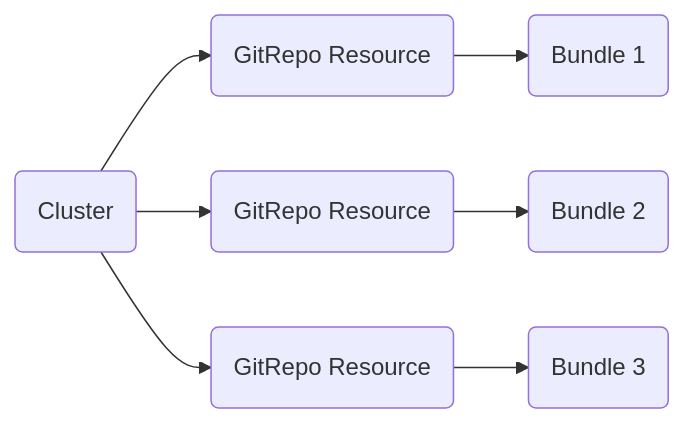
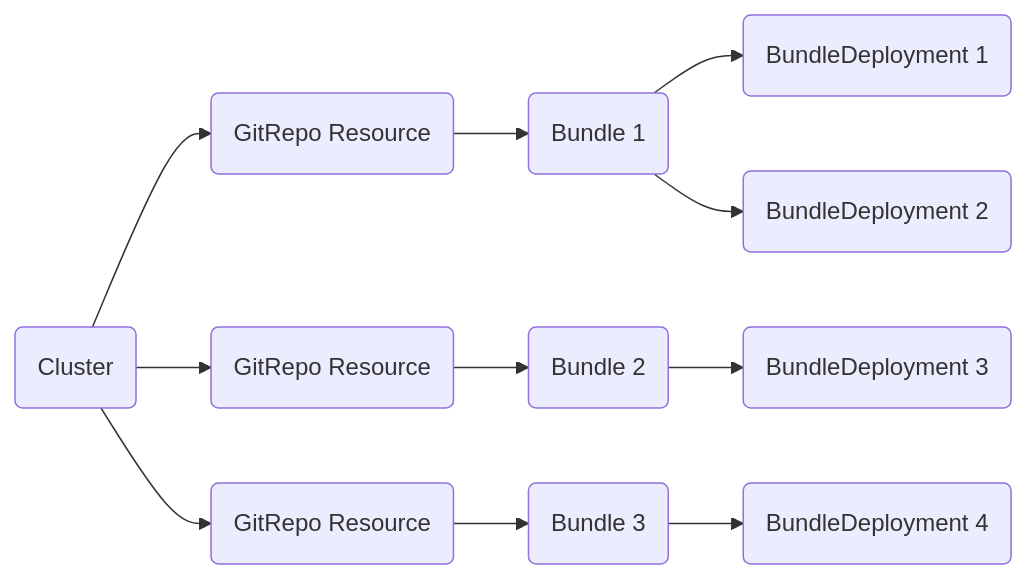
The diagram in images/dashboard-org-from-cluster.mmd (p-se/fleet-dashboards-for-support), drawn with Mermaid before and after one commit. The commit also changed 11 other files, not shown here.

```diff
--- a/images/dashboard-org-from-cluster.mmd
+++ b/images/dashboard-org-from-cluster.mmd
@@ -1,9 +1,14 @@
 flowchart LR
     GR1(GitRepo Resource)
     GR2(GitRepo Resource)
     GR3(GitRepo Resource)
     C(Cluster)
 
     C --> GR1 --> BD1(Bundle 1)
     C --> GR2 --> BD2(Bundle 2)
     C --> GR3 --> BD3(Bundle 3)
+
+    BD1 --> BDD1(BundleDeployment 1)
+    BD1 --> BDD2(BundleDeployment 2)
+    BD2 --> BDD3(BundleDeployment 3)
+    BD3 --> BDD4(BundleDeployment 4)
```
